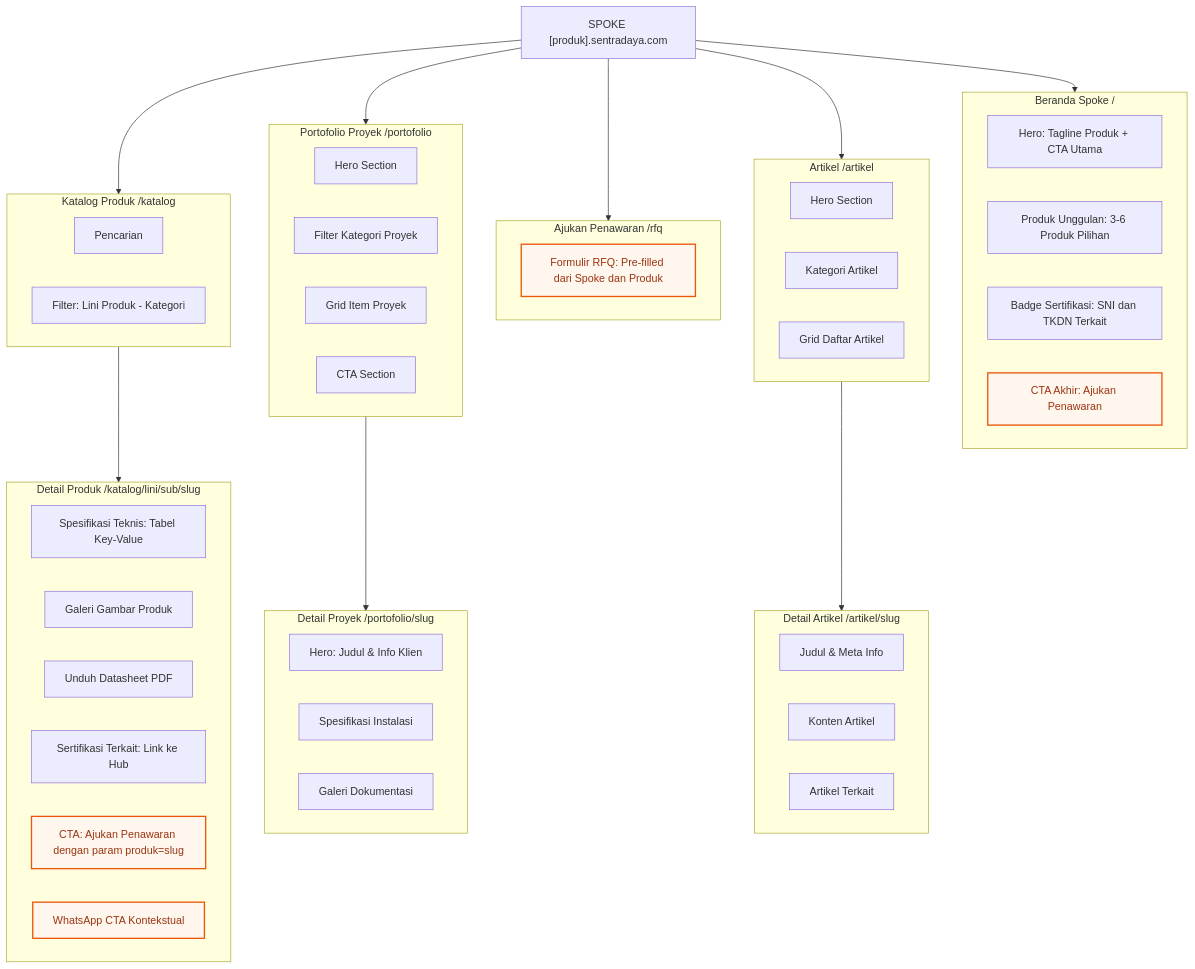
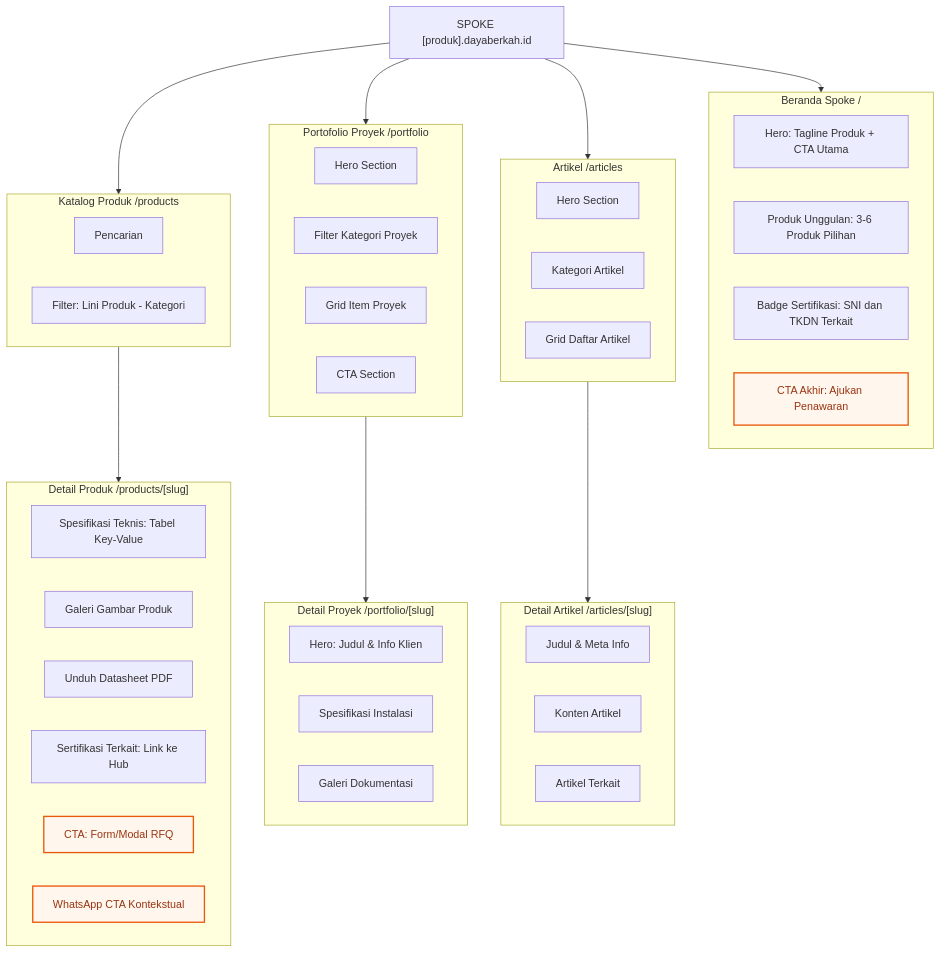
Before and after one commit to pxrzival404/arostech-hub: the second of 3 diagrams in docs/core/information-architecture/ia-sitemaps.md, drawn with Mermaid. The commit also changed other lines of this file and 27 other files, not shown here.

````diff
--- a/docs/core/information-architecture/ia-sitemaps.md
+++ b/docs/core/information-architecture/ia-sitemaps.md
@@ -109,68 +105,63 @@
 ```mermaid
 ---
 config:
   layout: dagre
 ---
 flowchart TB
     classDef entry fill:#fef3c7,stroke:#d97706,stroke-width:2px,color:#92400e
     classDef conversion fill:#fff7ed,stroke:#ea580c,stroke-width:2px,color:#9a3412
 
  subgraph SH["Beranda Spoke /"]
     direction LR
         SH1["Hero: Tagline Produk + CTA Utama"]
         SH2["Produk Unggulan: 3-6 Produk Pilihan"]
         SH3["Badge Sertifikasi: SNI dan TKDN Terkait"]
         SH4["CTA Akhir: Ajukan Penawaran"]
   end
- subgraph SC["Katalog Produk /katalog"]
+ subgraph SC["Katalog Produk /products"]
     direction LR
         S1["Pencarian"]
         S2["Filter: Lini Produk - Kategori"]
   end
- subgraph PDP["Detail Produk /katalog/lini/sub/slug"]
+ subgraph PDP["Detail Produk /products/[slug]"]
     direction LR
         PDP1["Spesifikasi Teknis: Tabel Key-Value"]
         PDP2["Galeri Gambar Produk"]
         PDP3["Unduh Datasheet PDF"]
         PDP4["Sertifikasi Terkait: Link ke Hub"]
-        PDP5["CTA: Ajukan Penawaran dengan param produk=slug"]
+        PDP5["CTA: Form/Modal RFQ"]
         PDP6["WhatsApp CTA Kontekstual"]
   end
- subgraph SR["Ajukan Penawaran /rfq"]
-    direction LR
-        SRF["Formulir RFQ: Pre-filled dari Spoke dan Produk"]
-  end
- subgraph SPORT["Portofolio Proyek /portofolio"]
+ subgraph SPORT["Portofolio Proyek /portfolio"]
     direction LR
         SPORT1["Hero Section"]
         SPORT2["Filter Kategori Proyek"]
         SPORT3["Grid Item Proyek"]
         SPORT4["CTA Section"]
   end
- subgraph SPORT_DETAIL["Detail Proyek /portofolio/slug"]
+ subgraph SPORT_DETAIL["Detail Proyek /portfolio/[slug]"]
     direction LR
         SPD1["Hero: Judul & Info Klien"]
         SPD2["Spesifikasi Instalasi"]
         SPD3["Galeri Dokumentasi"]
   end
- subgraph ART["Artikel /artikel"]
+ subgraph ART["Artikel /articles"]
     direction LR
         ART1["Hero Section"]
         ART2["Kategori Artikel"]
         ART3["Grid Daftar Artikel"]
   end
- subgraph ART_DETAIL["Detail Artikel /artikel/slug"]
+ subgraph ART_DETAIL["Detail Artikel /articles/[slug]"]
     direction LR
         AD1["Judul & Meta Info"]
         AD2["Konten Artikel"]
         AD3["Artikel Terkait"]
   end
-    SPOKE["SPOKE [produk].sentradaya.com"] --> SH & SC & SPORT & ART & SR
+    SPOKE["SPOKE [produk].dayaberkah.id"] --> SH & SC & SPORT & ART
     SC --> PDP
     SPORT --> SPORT_DETAIL
     ART --> ART_DETAIL
     class SH4 conversion
     class PDP5 conversion
     class PDP6 conversion
-    class SRF conversion
 ```
````
